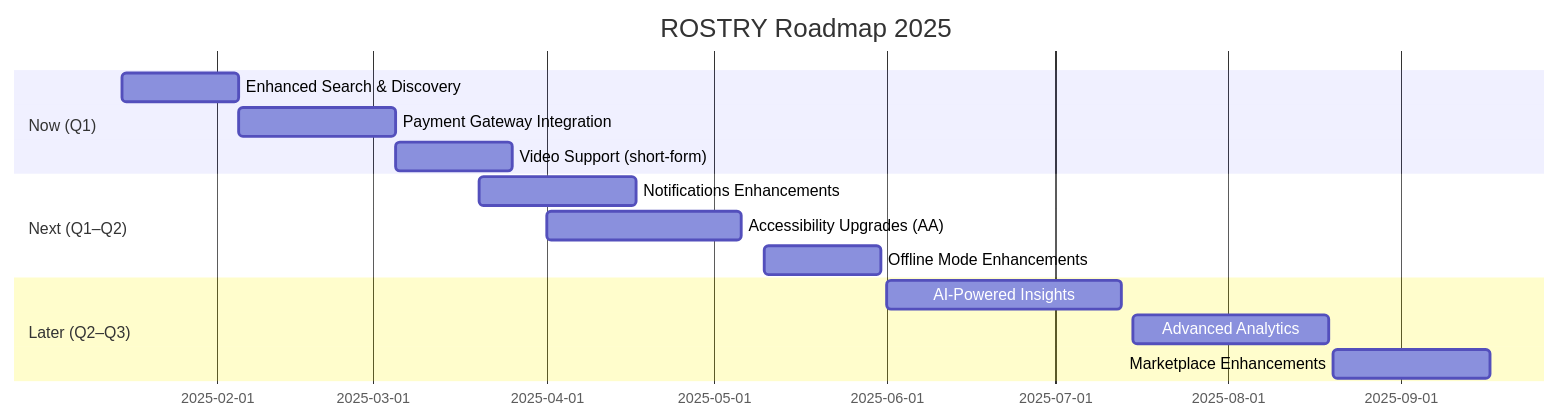
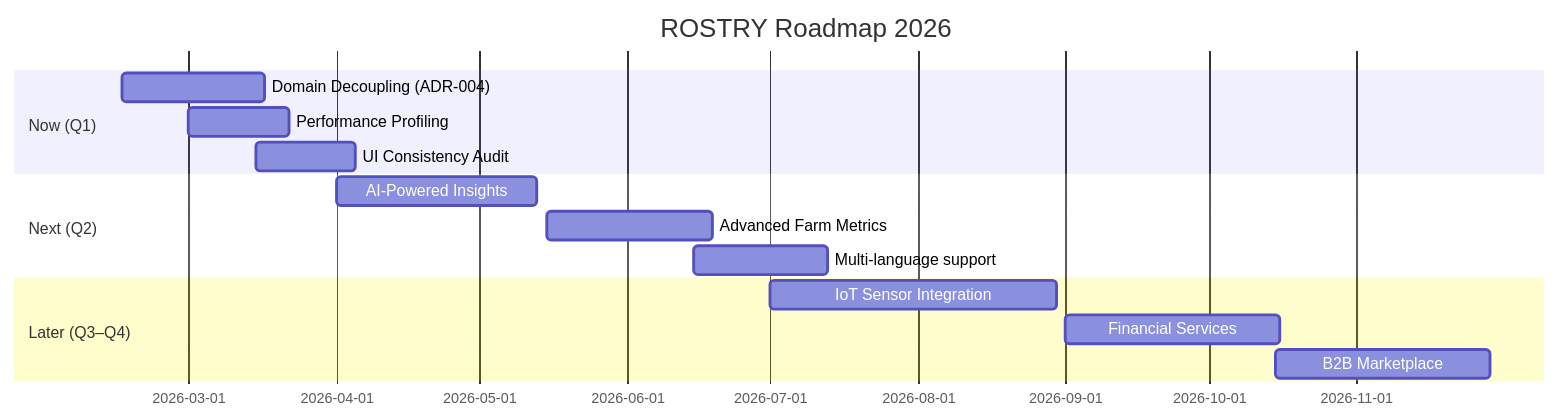
The diagram in ROADMAP.md (zion812/ROSTRY), drawn with Mermaid before and after one commit. The commit also changed other lines of this file and 32 other files, not shown here.

````diff
--- a/ROADMAP.md
+++ b/ROADMAP.md
@@ -12,17 +22,17 @@
 ```mermaid
 gantt
-  title ROSTRY Roadmap 2025
+  title ROSTRY Roadmap 2026
   dateFormat  YYYY-MM-DD
   section Now (Q1)
-  Enhanced Search & Discovery   :now1, 2025-01-15, 21d
-  Payment Gateway Integration   :now2, 2025-02-05, 28d
-  Video Support (short-form)    :now3, 2025-03-05, 21d
-  section Next (Q1–Q2)
-  Notifications Enhancements    :next1, 2025-03-20, 28d
-  Accessibility Upgrades (AA)   :next2, 2025-04-01, 35d
-  Offline Mode Enhancements     :next3, 2025-05-10, 21d
-  section Later (Q2–Q3)
-  AI-Powered Insights           :later1, 2025-06-01, 42d
-  Advanced Analytics            :later2, 2025-07-15, 35d
-  Marketplace Enhancements      :later3, 2025-08-20, 28d
+  Domain Decoupling (ADR-004)    :now1, 2026-02-15, 30d
+  Performance Profiling         :now2, 2026-03-01, 21d
+  UI Consistency Audit          :now3, 2026-03-15, 21d
+  section Next (Q2)
+  AI-Powered Insights           :next1, 2026-04-01, 42d
+  Advanced Farm Metrics         :next2, 2026-05-15, 35d
+  Multi-language support        :next3, 2026-06-15, 28d
+  section Later (Q3–Q4)
+  IoT Sensor Integration        :later1, 2026-07-01, 60d
+  Financial Services            :later2, 2026-09-01, 45d
+  B2B Marketplace               :later3, 2026-10-15, 45d
 ```
````
